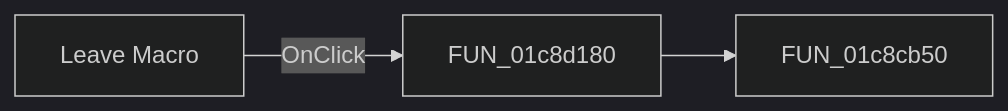
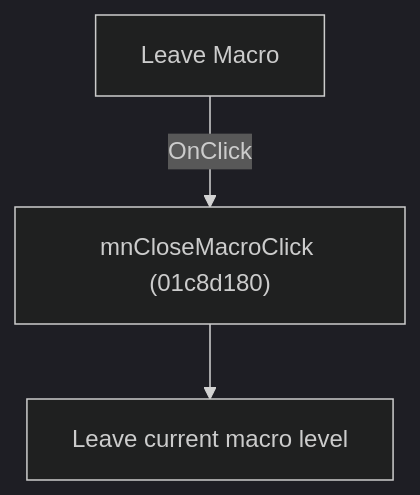
The diagram in docs/ui-controls/schematiceditor/mnclosemacro-a5338746f2.md (MovGP0/TIARA), drawn with Mermaid (dark theme) before and after one commit. The commit also changed other lines of this file and 1062 other files, not shown here.

````diff
--- a/docs/ui-controls/schematiceditor/mnclosemacro-a5338746f2.md
+++ b/docs/ui-controls/schematiceditor/mnclosemacro-a5338746f2.md
@@ -27,5 +27,5 @@
 ```mermaid
-flowchart LR
-    control["Leave Macro"] -->|OnClick| handler["FUN_01c8d180"]
-    handler --> call1["FUN_01c8cb50"]
+flowchart TD
+    control["Leave Macro"] -->|"OnClick"| handler["mnCloseMacroClick (01c8d180)"]
+    handler --> action["Leave current macro level"]
 ```
````
